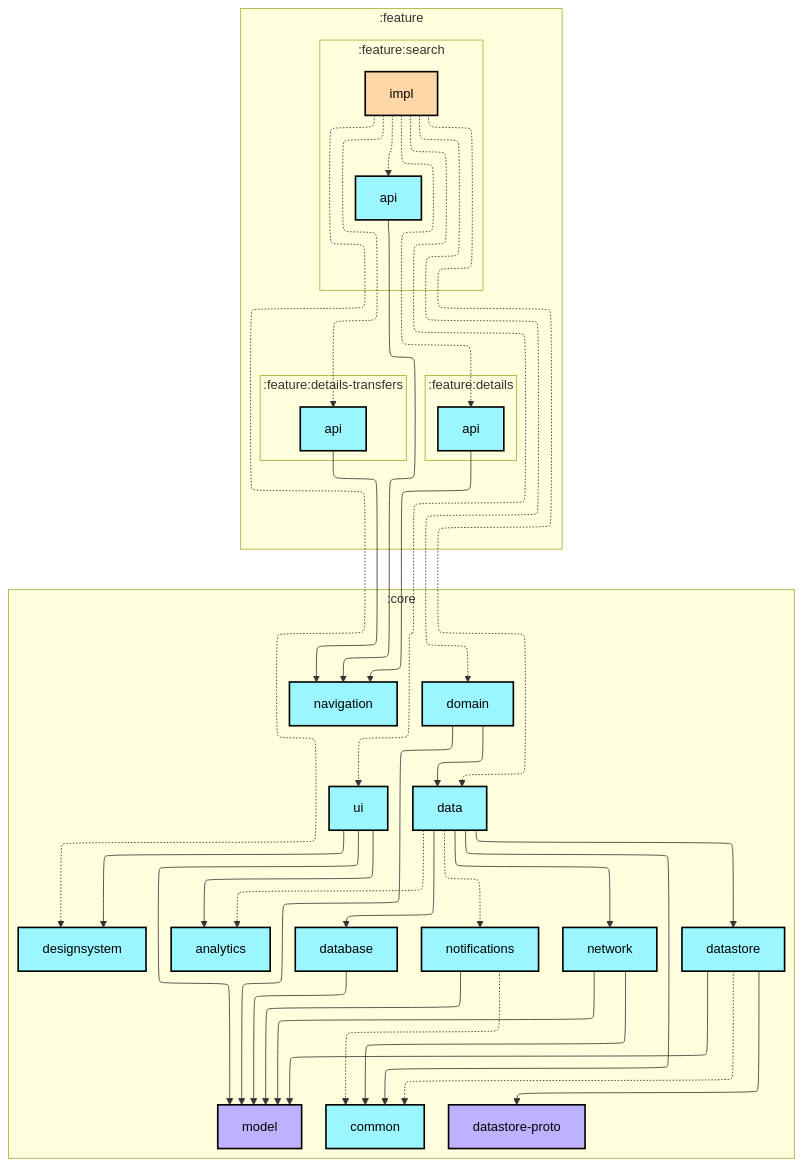
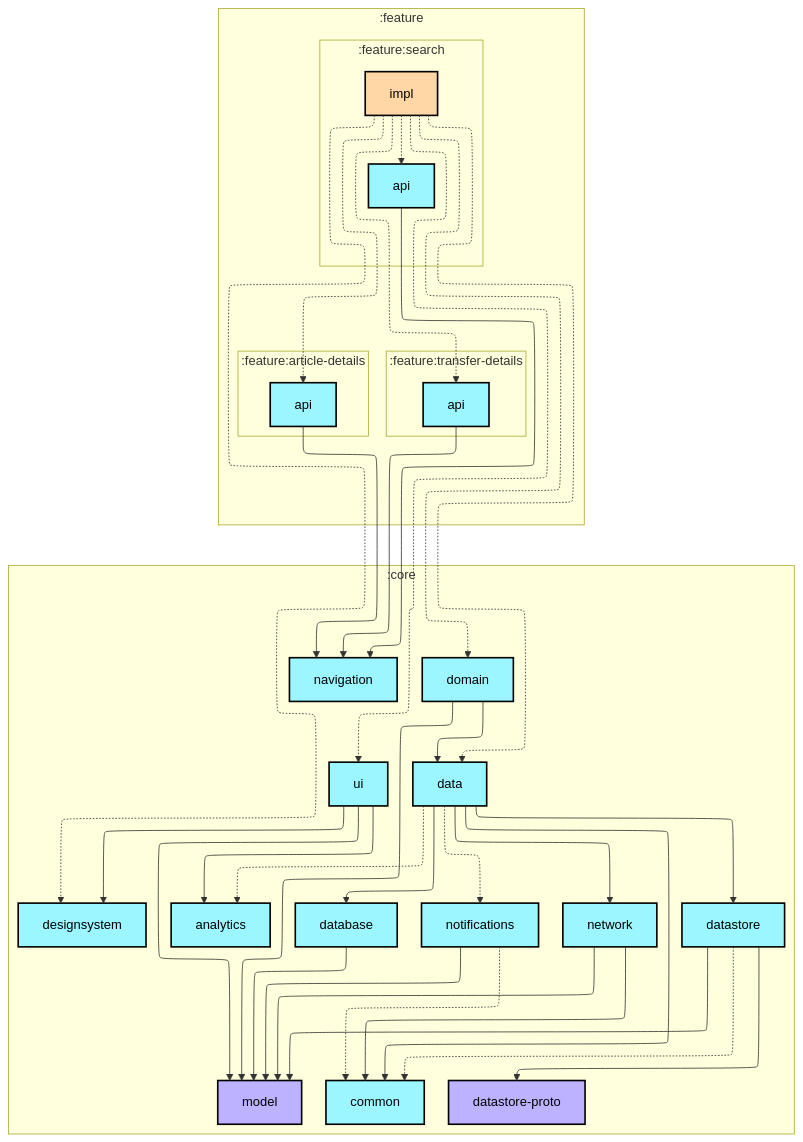
The first of 2 diagrams in feature/search/impl/README.md (krystianchalimoniuk/nowinkitransferowe), drawn with Mermaid before and after one commit. The commit also changed 10 other files, not shown here.

Commit message:
🤖 Updates graphs

````diff
--- a/feature/search/impl/README.md
+++ b/feature/search/impl/README.md
@@ -6,78 +6,78 @@
 ```mermaid
 ---
 config:
   layout: elk
   elk:
     nodePlacementStrategy: SIMPLE
 ---
 graph TB
   subgraph :feature
     direction TB
     subgraph :feature:search
       direction TB
       :feature:search:api[api]:::android-library
       :feature:search:impl[impl]:::android-feature
     end
-    subgraph :feature:details
+    subgraph :feature:article-details
       direction TB
       :feature:article-details:api[api]:::android-library
     end
-    subgraph :feature:details-transfers
+    subgraph :feature:transfer-details
       direction TB
       :feature:transfer-details:api[api]:::android-library
     end
   end
   subgraph :core
     direction TB
     :core:analytics[analytics]:::android-library
     :core:common[common]:::android-library
     :core:data[data]:::android-library
     :core:database[database]:::android-library
     :core:datastore[datastore]:::android-library
     :core:datastore-proto[datastore-proto]:::jvm-library
     :core:designsystem[designsystem]:::android-library
     :core:domain[domain]:::android-library
     :core:model[model]:::jvm-library
     :core:navigation[navigation]:::android-library
     :core:network[network]:::android-library
     :core:notifications[notifications]:::android-library
     :core:ui[ui]:::android-library
   end
 
   :core:data -.-> :core:analytics
   :core:data --> :core:common
   :core:data --> :core:database
   :core:data --> :core:datastore
   :core:data --> :core:network
   :core:data -.-> :core:notifications
   :core:database --> :core:model
   :core:datastore -.-> :core:common
   :core:datastore --> :core:datastore-proto
   :core:datastore --> :core:model
   :core:domain --> :core:data
   :core:domain --> :core:model
   :core:network --> :core:common
   :core:network --> :core:model
   :core:notifications -.-> :core:common
   :core:notifications --> :core:model
   :core:ui --> :core:analytics
   :core:ui --> :core:designsystem
   :core:ui --> :core:model
-  :feature:transfer-details:api --> :core:navigation
   :feature:article-details:api --> :core:navigation
   :feature:search:api --> :core:navigation
   :feature:search:impl -.-> :core:data
   :feature:search:impl -.-> :core:designsystem
   :feature:search:impl -.-> :core:domain
   :feature:search:impl -.-> :core:ui
-  :feature:search:impl -.-> :feature:transfer-details:api
   :feature:search:impl -.-> :feature:article-details:api
   :feature:search:impl -.-> :feature:search:api
+  :feature:search:impl -.-> :feature:transfer-details:api
+  :feature:transfer-details:api --> :core:navigation
 
 classDef android-application fill:#CAFFBF,stroke:#000,stroke-width:2px,color:#000;
 classDef android-feature fill:#FFD6A5,stroke:#000,stroke-width:2px,color:#000;
 classDef android-library fill:#9BF6FF,stroke:#000,stroke-width:2px,color:#000;
 classDef android-test fill:#A0C4FF,stroke:#000,stroke-width:2px,color:#000;
 classDef jvm-library fill:#BDB2FF,stroke:#000,stroke-width:2px,color:#000;
 classDef unknown fill:#FFADAD,stroke:#000,stroke-width:2px,color:#000;
 ```
````
